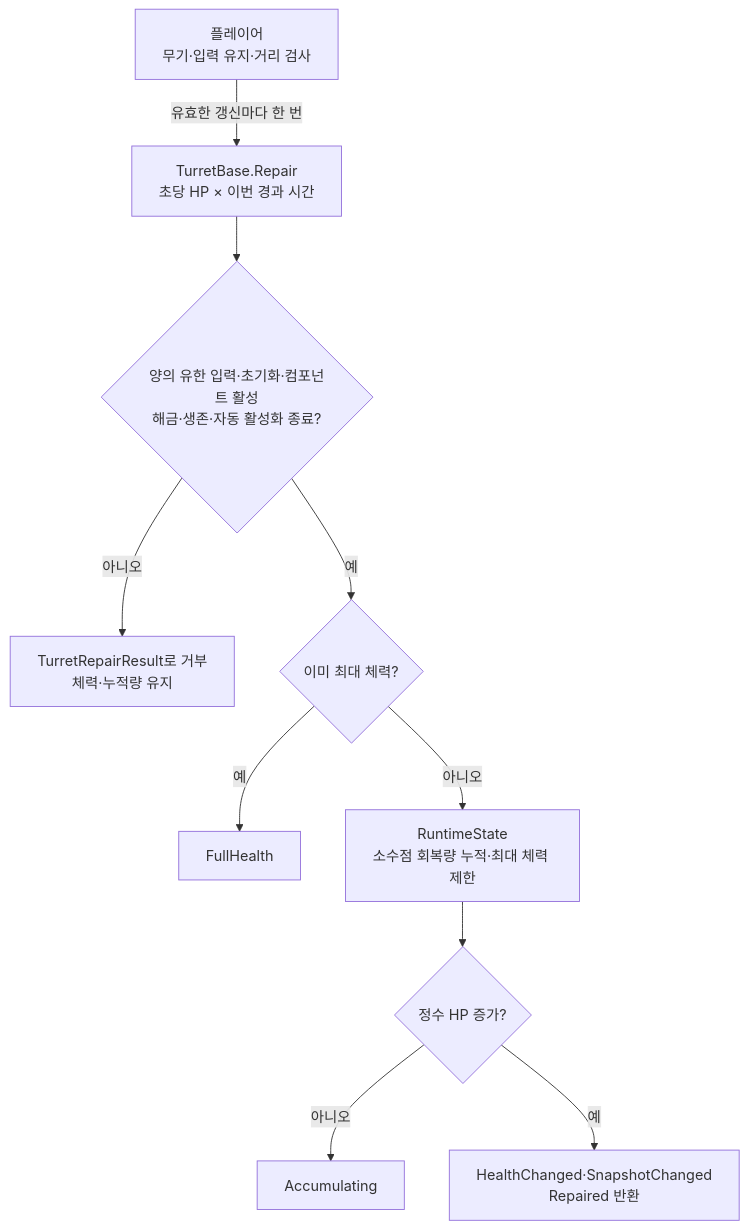
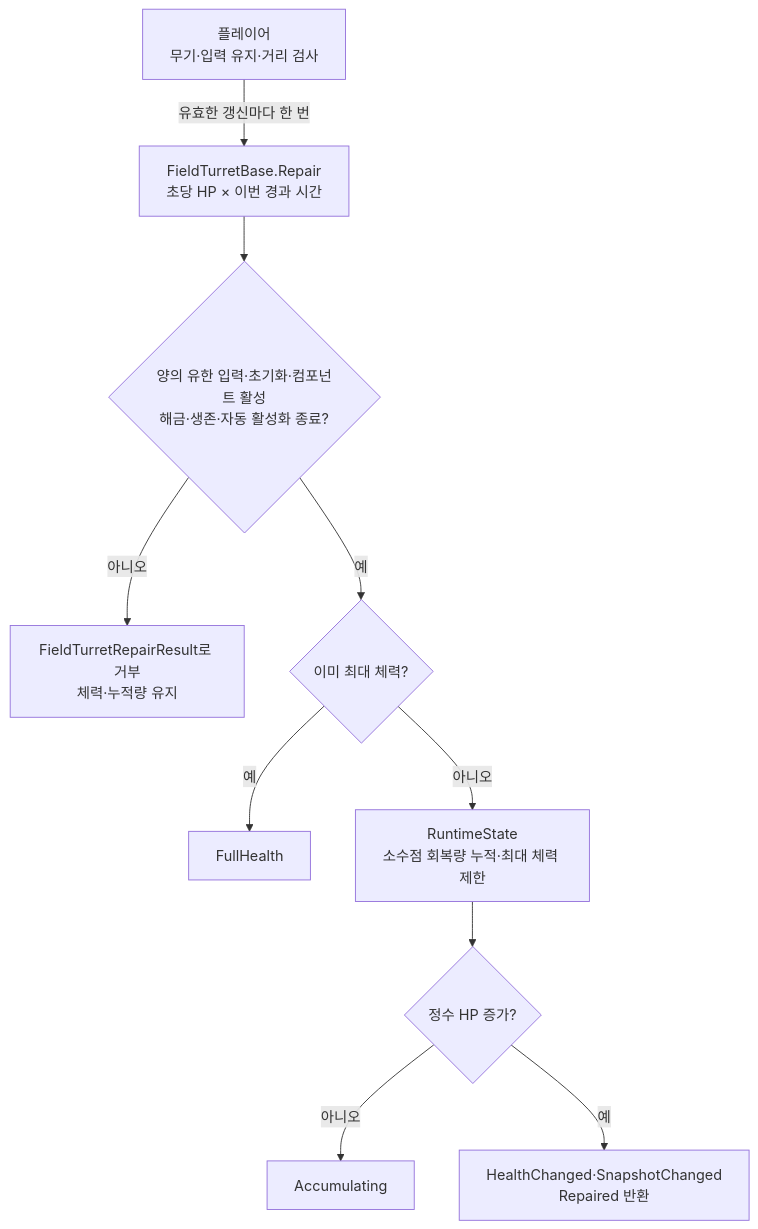
Before and after one commit to Team-HJD-21/unity-6-the-developer: the eighth of 17 diagrams in Docs/architecture/turret-system-guide.md, drawn with Mermaid. The commit also changed other lines of this file and 12 other files, not shown here.

Commit message:
docs(field-turret): update names and migration guide

````diff
--- a/Docs/architecture/turret-system-guide.md
+++ b/Docs/architecture/turret-system-guide.md
@@ -377,12 +379,12 @@
 ```mermaid
 flowchart TD
-    Player["플레이어<br>무기·입력 유지·거리 검사"] -->|유효한 갱신마다 한 번| Repair["TurretBase.Repair<br>초당 HP × 이번 경과 시간"]
+    Player["플레이어<br>무기·입력 유지·거리 검사"] -->|유효한 갱신마다 한 번| Repair["FieldTurretBase.Repair<br>초당 HP × 이번 경과 시간"]
     Repair --> Check{"양의 유한 입력·초기화·컴포넌트 활성<br>해금·생존·자동 활성화 종료?"}
-    Check -->|아니오| Reject["TurretRepairResult로 거부<br>체력·누적량 유지"]
+    Check -->|아니오| Reject["FieldTurretRepairResult로 거부<br>체력·누적량 유지"]
     Check -->|예| Full{"이미 최대 체력?"}
     Full -->|예| NoChange["FullHealth"]
     Full -->|아니오| Add["RuntimeState<br>소수점 회복량 누적·최대 체력 제한"]
     Add --> Whole{"정수 HP 증가?"}
     Whole -->|아니오| Pending["Accumulating"]
     Whole -->|예| Event["HealthChanged·SnapshotChanged<br>Repaired 반환"]
 ```
````
